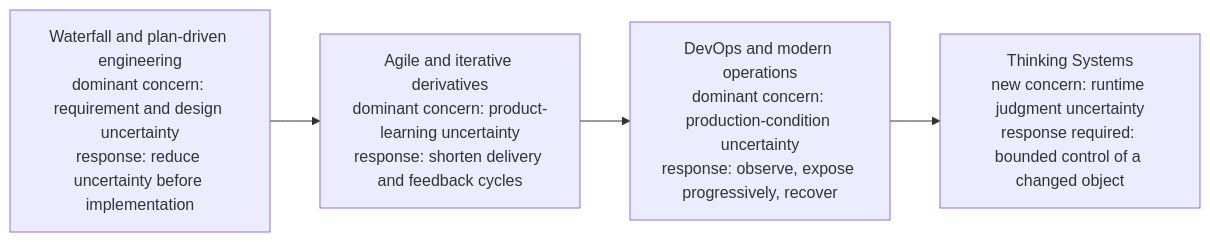
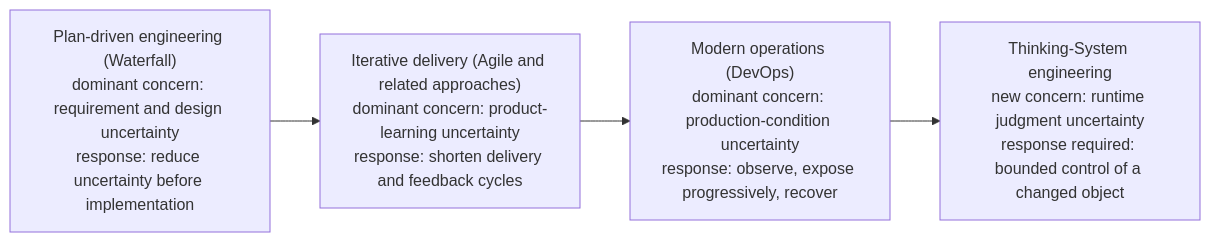
The first of 14 diagrams in content/research/notes/open-engineering-specification-article-draft.md (UncertaintyArchitectureGroup/uncertainty-architecture), drawn with Mermaid before and after one commit. The commit also changed other lines of this file, not shown here.

````diff
--- a/content/research/notes/open-engineering-specification-article-draft.md
+++ b/content/research/notes/open-engineering-specification-article-draft.md
@@ -68,9 +68,9 @@
 ```mermaid
 flowchart LR
-    W["Waterfall and plan-driven engineering<br/>dominant concern: requirement and design uncertainty<br/>response: reduce uncertainty before implementation"]
-    A["Agile and iterative derivatives<br/>dominant concern: product-learning uncertainty<br/>response: shorten delivery and feedback cycles"]
-    D["DevOps and modern operations<br/>dominant concern: production-condition uncertainty<br/>response: observe, expose progressively, recover"]
-    T["Thinking Systems<br/>new concern: runtime judgment uncertainty<br/>response required: bounded control of a changed object"]
+    W["Plan-driven engineering (Waterfall)<br/>dominant concern: requirement and design uncertainty<br/>response: reduce uncertainty before implementation"]
+    A["Iterative delivery (Agile and related approaches)<br/>dominant concern: product-learning uncertainty<br/>response: shorten delivery and feedback cycles"]
+    D["Modern operations (DevOps)<br/>dominant concern: production-condition uncertainty<br/>response: observe, expose progressively, recover"]
+    T["Thinking-System engineering<br/>new concern: runtime judgment uncertainty<br/>response required: bounded control of a changed object"]
 
     W --> A --> D --> T
 ```
````
